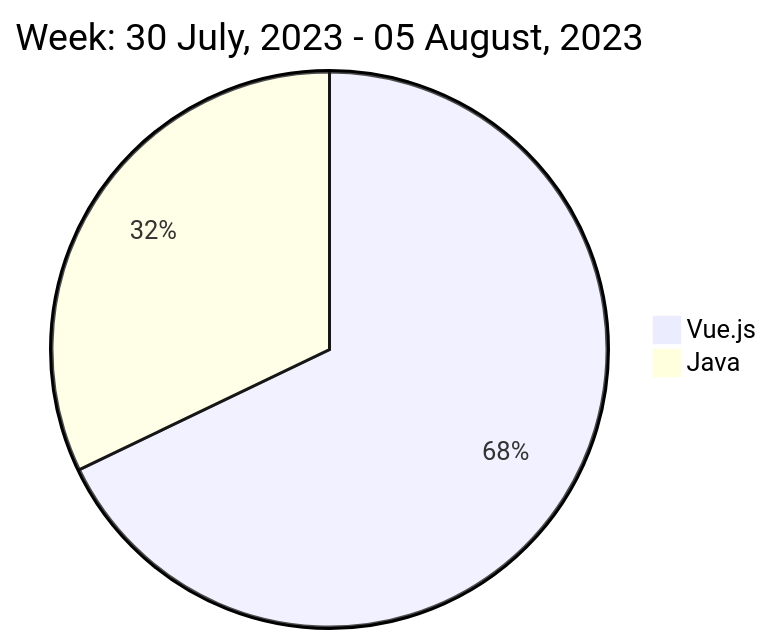
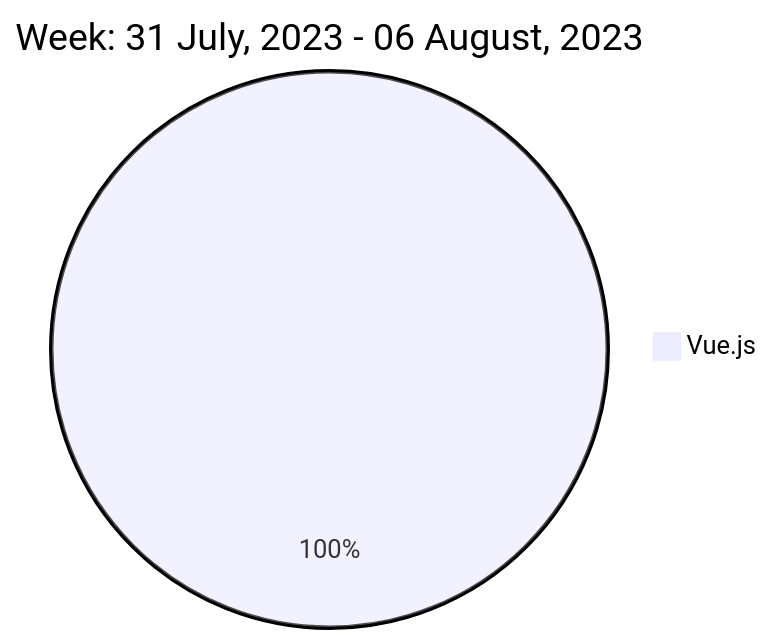
One commit to liubin95/liubin95 changed the diagram in README.md. Above: the diagram before and after it, drawn with Mermaid.

Commit message:
Updated the Graph with new Metrics

````diff
--- a/README.md
+++ b/README.md
@@ -40,6 +40,5 @@
 ```mermaid
  pie
-title Week: 30 July, 2023 - 05 August, 2023
+title Week: 31 July, 2023 - 06 August, 2023
  "Vue.js" : 3.0
- "Java" : 1.42
 ```
````
